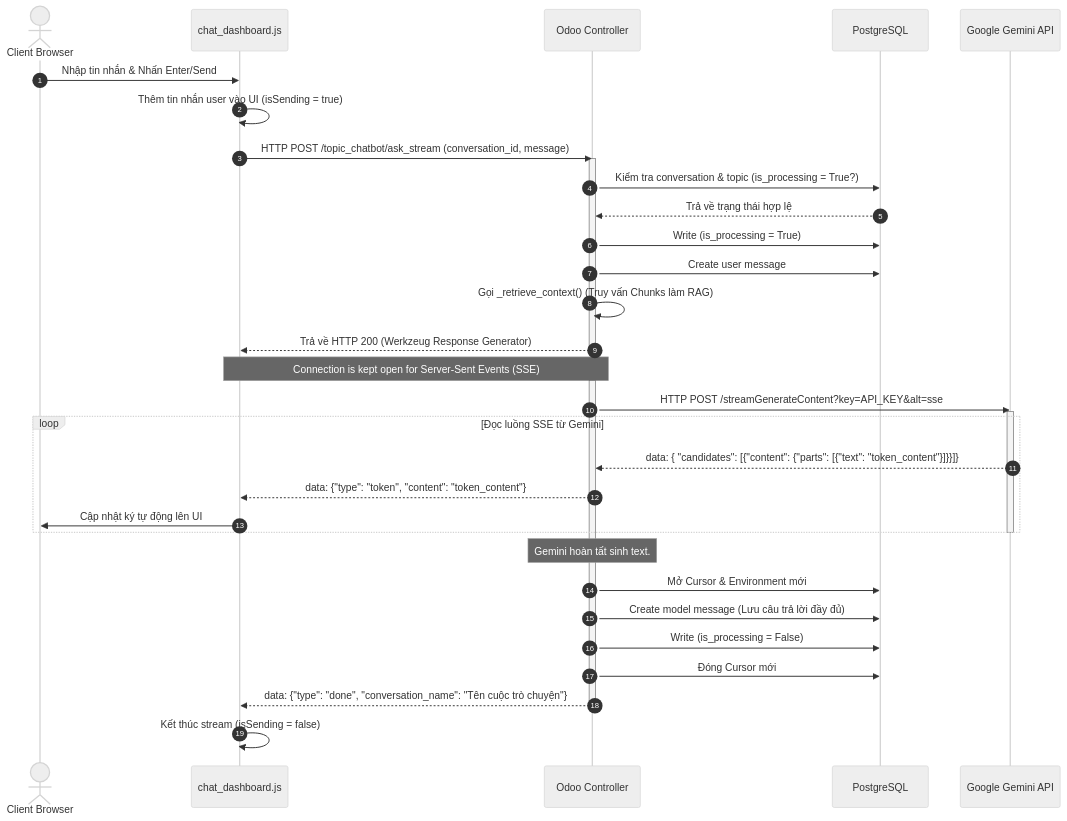
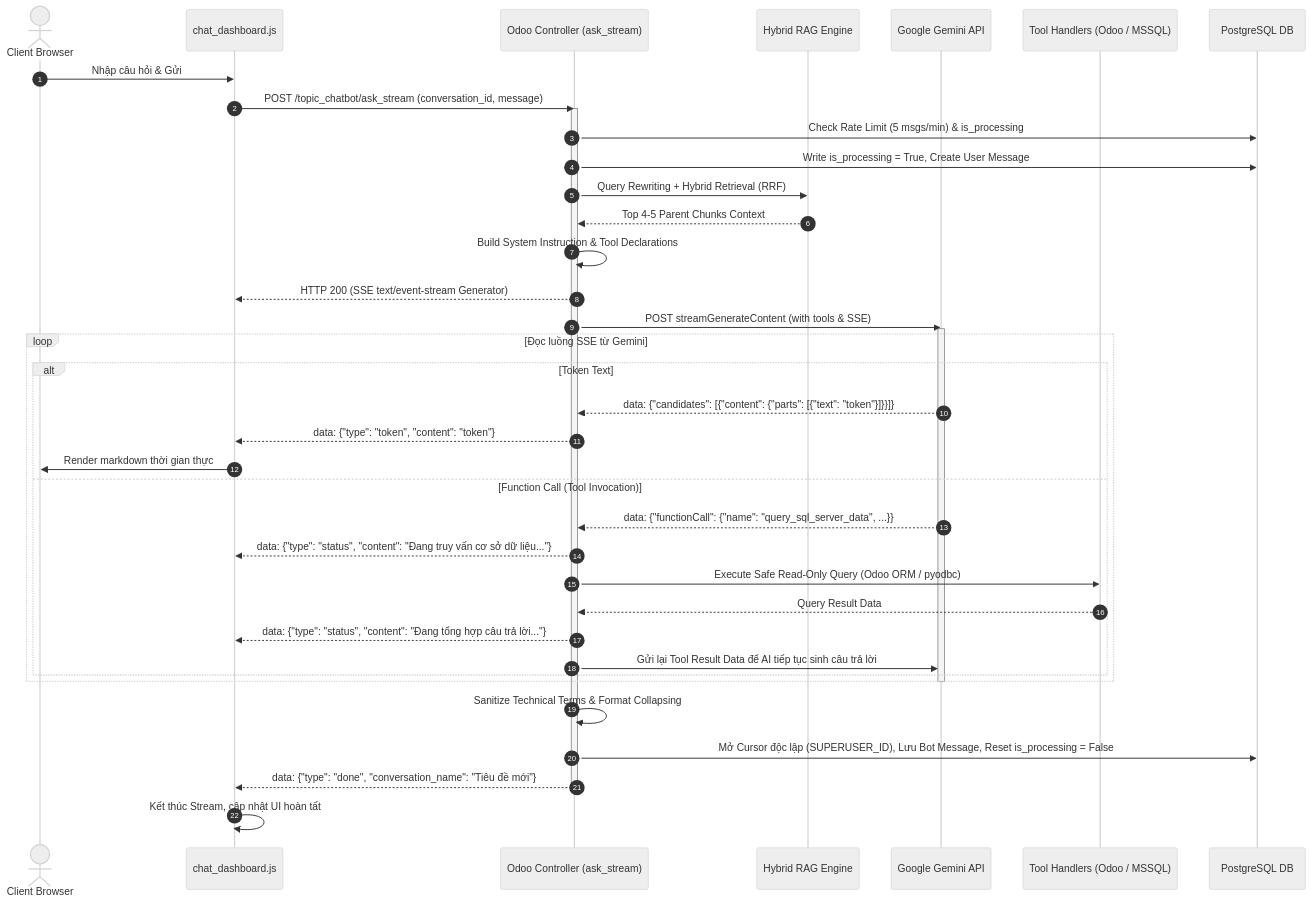
Before and after one commit to sonhasoftware/odoo-customize: the second of 2 diagrams in topic_chatbot/docs/ARCHITECTURE.md, drawn with Mermaid (neutral theme). The commit also changed other lines of this file and 36 other files, not shown here.

First line of the commit message:
feat(topic_chatbot): hoan thien kien truc RAG, Dual-Vector Ollama/Gemini, MSSQL Integration va phan tang Services

````diff
--- a/topic_chatbot/docs/ARCHITECTURE.md
+++ b/topic_chatbot/docs/ARCHITECTURE.md
@@ -183,44 +397,48 @@
 ```mermaid
 sequenceDiagram
     autonumber
     actor User as Client Browser
     participant JS as chat_dashboard.js
-    participant Odoo as Odoo Controller
-    participant DB as PostgreSQL
+    participant Ctrl as Odoo Controller (ask_stream)
+    participant RAG as Hybrid RAG Engine
     participant Gemini as Google Gemini API
+    participant Tools as Tool Handlers (Odoo / MSSQL)
+    participant DB as PostgreSQL DB
 
-    User->>JS: Nhập tin nhắn & Nhấn Enter/Send
-    JS->>JS: Thêm tin nhắn user vào UI (isSending = true)
-    JS->>Odoo: HTTP POST /topic_chatbot/ask_stream (conversation_id, message)
-    activate Odoo
-    Odoo->>DB: Kiểm tra conversation & topic (is_processing = True?)
-    DB-->>Odoo: Trả về trạng thái hợp lệ
-    Odoo->>DB: Write (is_processing = True)
-    Odoo->>DB: Create user message
-    Odoo->>Odoo: Gọi _retrieve_context() (Truy vấn Chunks làm RAG)
-    Odoo-->>JS: Trả về HTTP 200 (Werkzeug Response Generator)
-    deactivate Odoo
-    
-    Note over JS, Odoo: Connection is kept open for Server-Sent Events (SSE)
-    
-    activate Odoo
-    Odoo->>Gemini: HTTP POST /streamGenerateContent?key=API_KEY&alt=sse
+    User->>JS: Nhập câu hỏi & Gửi
+    JS->>Ctrl: POST /topic_chatbot/ask_stream (conversation_id, message)
+    activate Ctrl
+    Ctrl->>DB: Check Rate Limit (5 msgs/min) & is_processing
+    Ctrl->>DB: Write is_processing = True, Create User Message
+    Ctrl->>RAG: Query Rewriting + Hybrid Retrieval (RRF)
+    RAG-->>Ctrl: Top 4-5 Parent Chunks Context
+    Ctrl->>Ctrl: Build System Instruction & Tool Declarations
+    Ctrl-->>JS: HTTP 200 (SSE text/event-stream Generator)
+    deactivate Ctrl
+
+    activate Ctrl
+    Ctrl->>Gemini: POST streamGenerateContent (with tools & SSE)
     activate Gemini
-    
+
     loop Đọc luồng SSE từ Gemini
-        Gemini-->>Odoo: data: { "candidates": [{"content": {"parts": [{"text": "token_content"}]}}]}
-        Odoo-->>JS: data: {"type": "token", "content": "token_content"}
-        JS->>User: Cập nhật ký tự động lên UI
+        alt Token Text
+            Gemini-->>Ctrl: data: {"candidates": [{"content": {"parts": [{"text": "token"}]}}]}
+            Ctrl-->>JS: data: {"type": "token", "content": "token"}
+            JS->>User: Render markdown thời gian thực
+        else Function Call (Tool Invocation)
+            Gemini-->>Ctrl: data: {"functionCall": {"name": "query_sql_server_data", ...}}
+            Ctrl-->>JS: data: {"type": "status", "content": "Đang truy vấn cơ sở dữ liệu..."}
+            Ctrl->>Tools: Execute Safe Read-Only Query (Odoo ORM / pyodbc)
+            Tools-->>Ctrl: Query Result Data
+            Ctrl-->>JS: data: {"type": "status", "content": "Đang tổng hợp câu trả lời..."}
+            Ctrl->>Gemini: Gửi lại Tool Result Data để AI tiếp tục sinh câu trả lời
+        end
     end
-    
     deactivate Gemini
-    
-    Note over Odoo: Gemini hoàn tất sinh text.
-    Odoo->>DB: Mở Cursor & Environment mới
-    Odoo->>DB: Create model message (Lưu câu trả lời đầy đủ)
-    Odoo->>DB: Write (is_processing = False)
-    Odoo->>DB: Đóng Cursor mới
-    Odoo-->>JS: data: {"type": "done", "conversation_name": "Tên cuộc trò chuyện"}
-    deactivate Odoo
-    JS->>JS: Kết thúc stream (isSending = false)
+
+    Ctrl->>Ctrl: Sanitize Technical Terms & Format Collapsing
+    Ctrl->>DB: Mở Cursor độc lập (SUPERUSER_ID), Lưu Bot Message, Reset is_processing = False
+    Ctrl-->>JS: data: {"type": "done", "conversation_name": "Tiêu đề mới"}
+    deactivate Ctrl
+    JS->>JS: Kết thúc Stream, cập nhật UI hoàn tất
 ```
````
